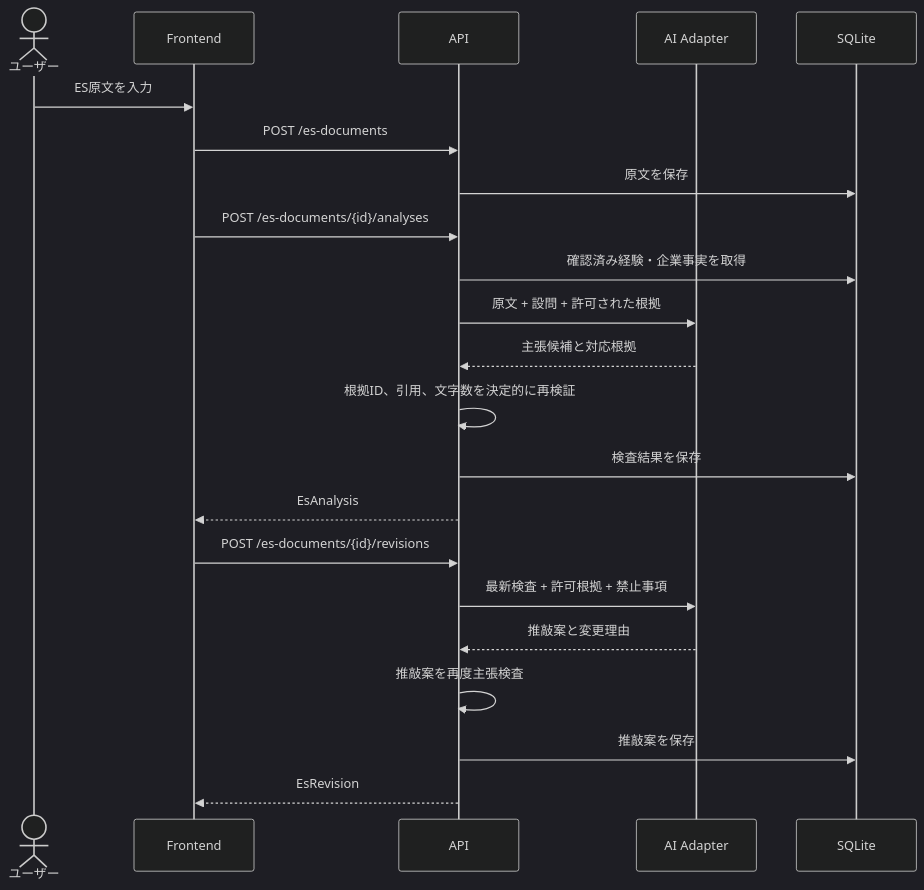
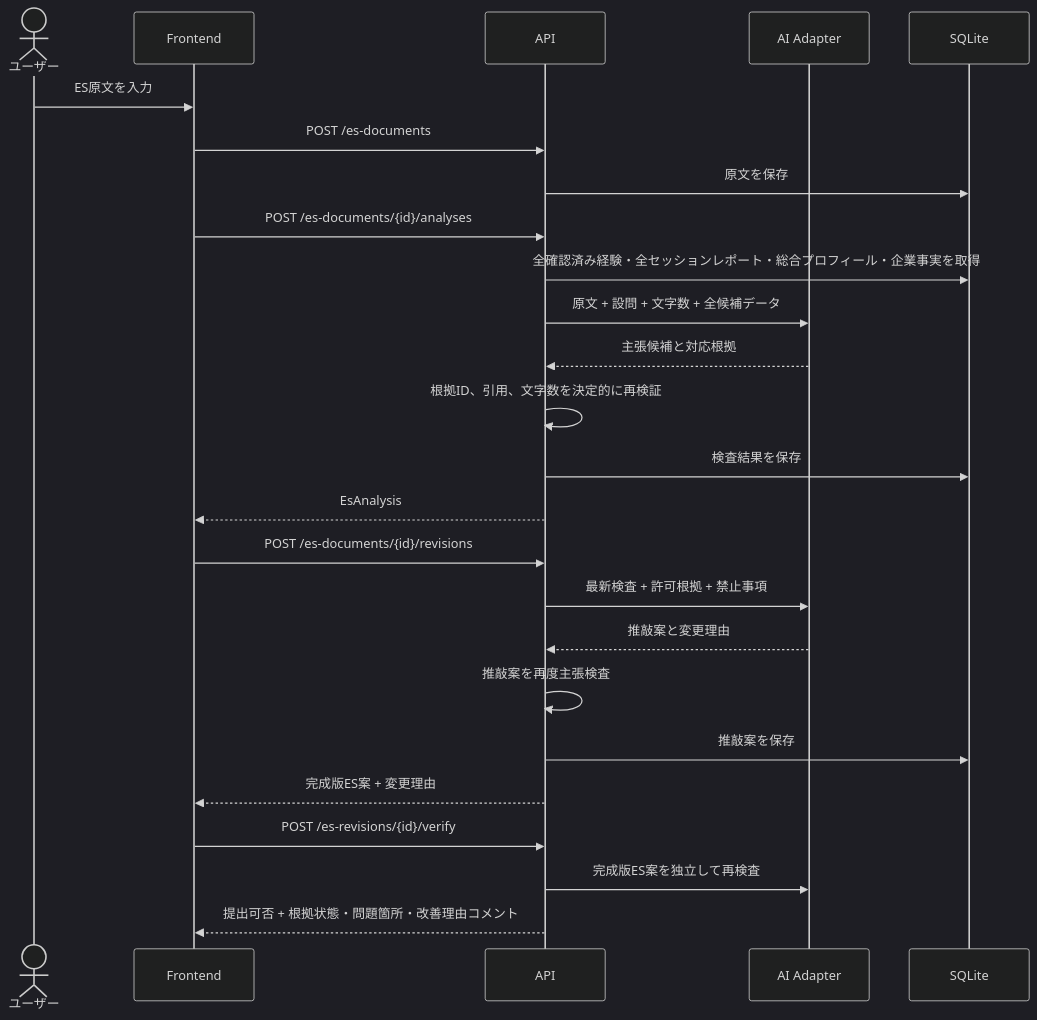
One commit to HACK-STAGE-STAGE2-teamG-YOZORA/Polaris changed the fourth of 5 diagrams in docs/architecture.md. Above: the diagram before and after it, drawn with Mermaid (dark theme). The commit also changed other lines of this file and 22 other files, not shown here.

Commit message:
要件定義と設計Schema

````diff
--- a/docs/architecture.md
+++ b/docs/architecture.md
@@ -133,25 +165,28 @@
 ```mermaid
 sequenceDiagram
     actor User as ユーザー
     participant UI as Frontend
     participant API as API
     participant AI as AI Adapter
     participant DB as SQLite
 
     User->>UI: ES原文を入力
     UI->>API: POST /es-documents
     API->>DB: 原文を保存
     UI->>API: POST /es-documents/{id}/analyses
-    API->>DB: 確認済み経験・企業事実を取得
-    API->>AI: 原文 + 設問 + 許可された根拠
+    API->>DB: 全確認済み経験・全セッションレポート・総合プロフィール・企業事実を取得
+    API->>AI: 原文 + 設問 + 文字数 + 全候補データ
     AI-->>API: 主張候補と対応根拠
     API->>API: 根拠ID、引用、文字数を決定的に再検証
     API->>DB: 検査結果を保存
     API-->>UI: EsAnalysis
     UI->>API: POST /es-documents/{id}/revisions
     API->>AI: 最新検査 + 許可根拠 + 禁止事項
     AI-->>API: 推敲案と変更理由
     API->>API: 推敲案を再度主張検査
     API->>DB: 推敲案を保存
-    API-->>UI: EsRevision
+    API-->>UI: 完成版ES案 + 変更理由
+    UI->>API: POST /es-revisions/{id}/verify
+    API->>AI: 完成版ES案を独立して再検査
+    API-->>UI: 提出可否 + 根拠状態・問題箇所・改善理由コメント
 ```
````
